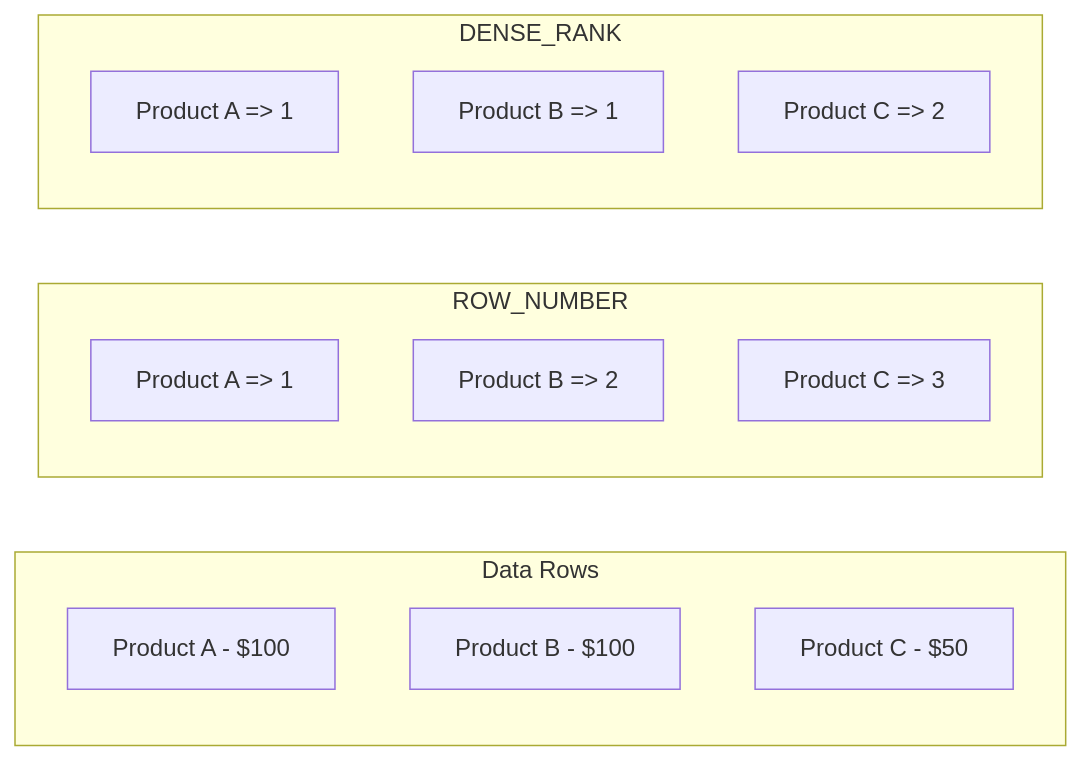
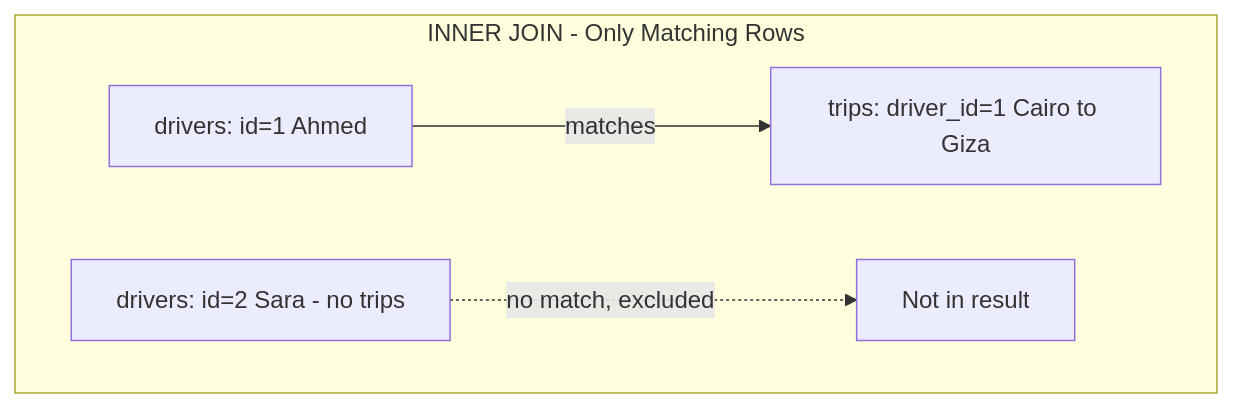
Before and after one commit to muhammad-khaled-tech/My-Study-Notes: the ninth of 48 diagrams in interviews/SQL-NoSQL-Complete.md, drawn with Mermaid. The commit also changed other lines of this file and 3 other files, not shown here.

````diff
--- a/interviews/SQL-NoSQL-Complete.md
+++ b/interviews/SQL-NoSQL-Complete.md
@@ -1041,20 +553,7 @@
 ```mermaid
-graph LR
-    subgraph "Data Rows"
-        R1["Product A - $100"]
-        R2["Product B - $100"]
-        R3["Product C - $50"]
-    end
-
-    subgraph "ROW_NUMBER"
-        N1["Product A => 1"]
-        N2["Product B => 2"]
-        N3["Product C => 3"]
-    end
-
-    subgraph "DENSE_RANK"
-        D1["Product A => 1"]
-        D2["Product B => 1"]
-        D3["Product C => 2"]
+graph TD
+    subgraph "INNER JOIN - Only Matching Rows"
+        A["drivers: id=1 Ahmed"] -->|matches| B["trips: driver_id=1 Cairo to Giza"]
+        C["drivers: id=2 Sara - no trips"] -.->|no match, excluded| D["Not in result"]
     end
 ```
````
